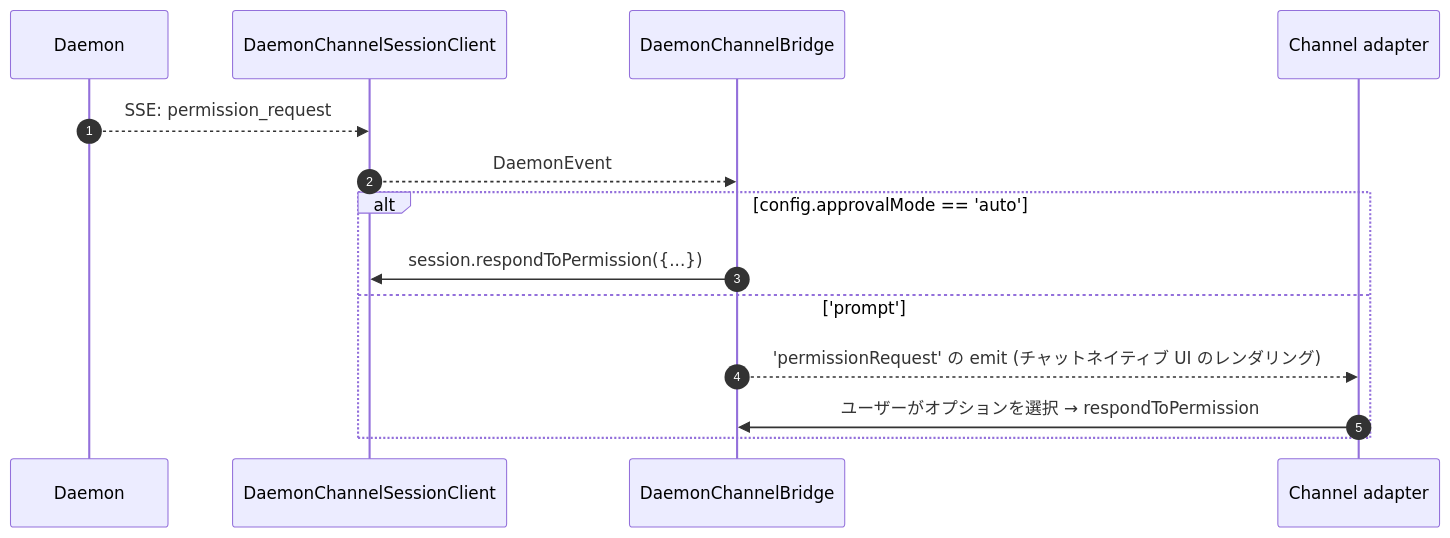
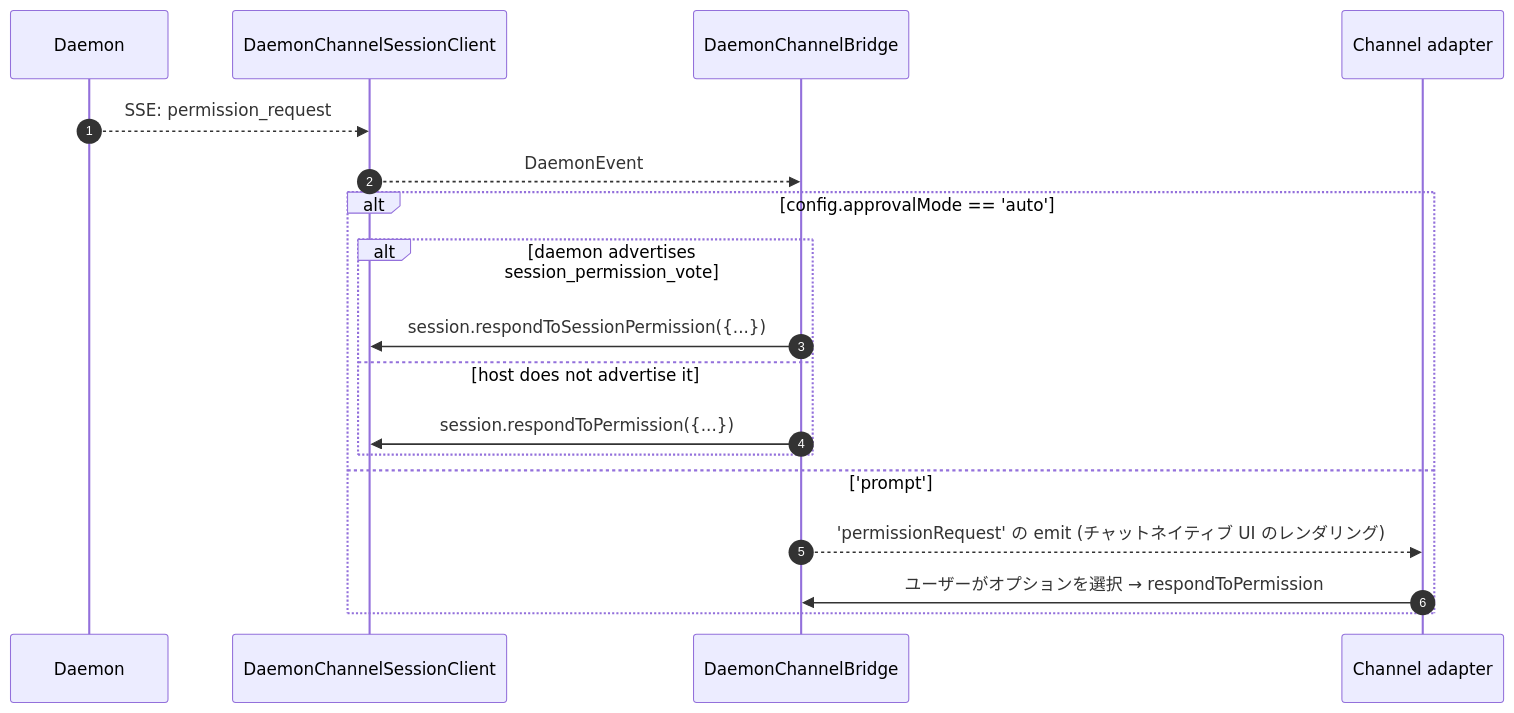
One commit to QwenLM/qwen-code-docs changed the third of 3 diagrams in website/content/ja/developers/daemon/15-channel-adapters.md. Above: the diagram before and after it, drawn with Mermaid. The commit also changed other lines of this file and 145 other files, not shown here.

````diff
--- a/website/content/ja/developers/daemon/15-channel-adapters.md
+++ b/website/content/ja/developers/daemon/15-channel-adapters.md
@@ -152,17 +152,21 @@
 ```mermaid
 sequenceDiagram
     autonumber
     participant D as Daemon
     participant SC as DaemonChannelSessionClient
     participant BR as DaemonChannelBridge
     participant AD as Channel adapter
 
     D-->>SC: SSE: permission_request
     SC-->>BR: DaemonEvent
     alt config.approvalMode == 'auto'
-        BR->>SC: session.respondToPermission({...})
+        alt daemon advertises session_permission_vote
+            BR->>SC: session.respondToSessionPermission({...})
+        else host does not advertise it
+            BR->>SC: session.respondToPermission({...})
+        end
     else 'prompt'
         BR-->>AD: 'permissionRequest' の emit (チャットネイティブ UI のレンダリング)
         AD->>BR: ユーザーがオプションを選択 → respondToPermission
     end
 ```
````
